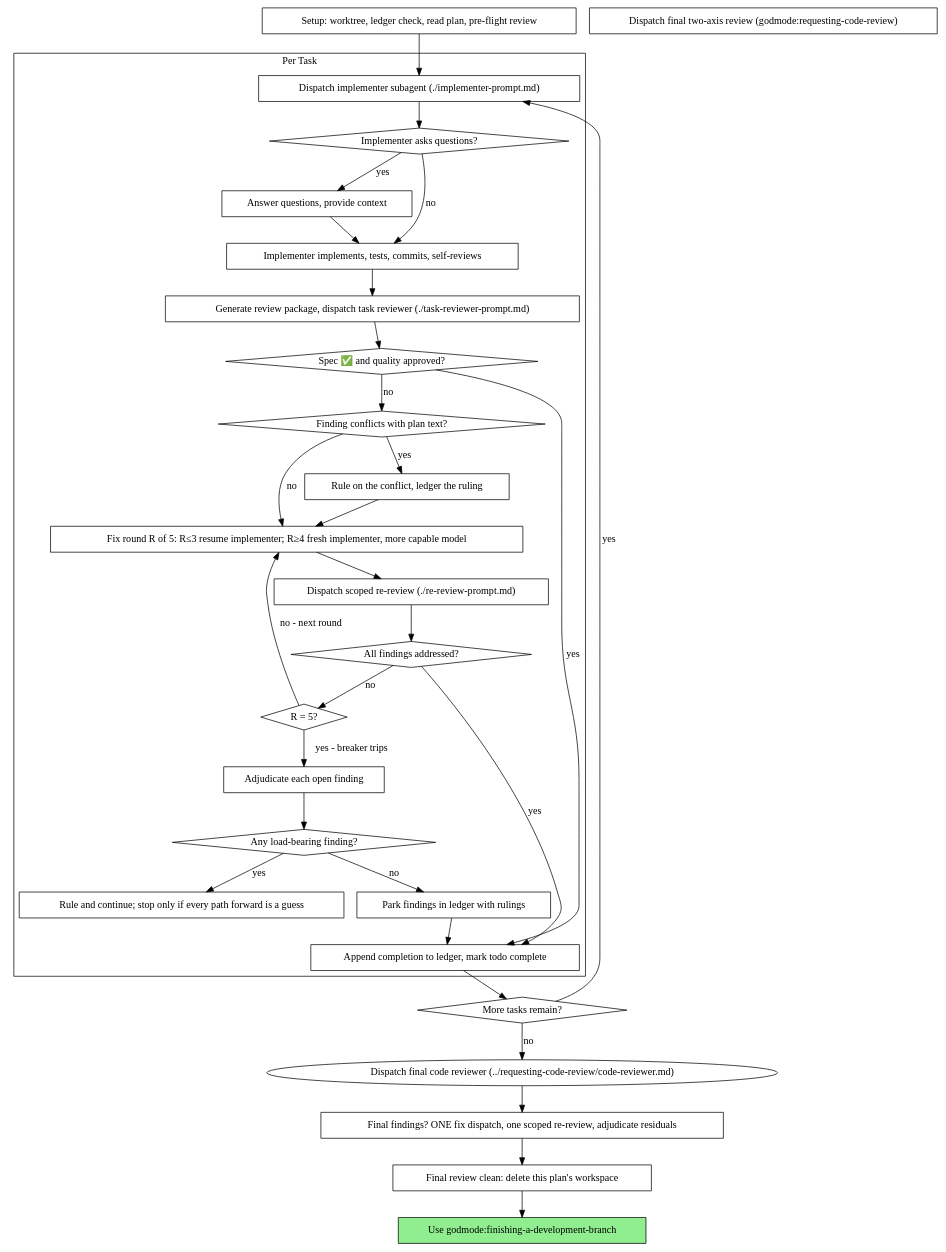
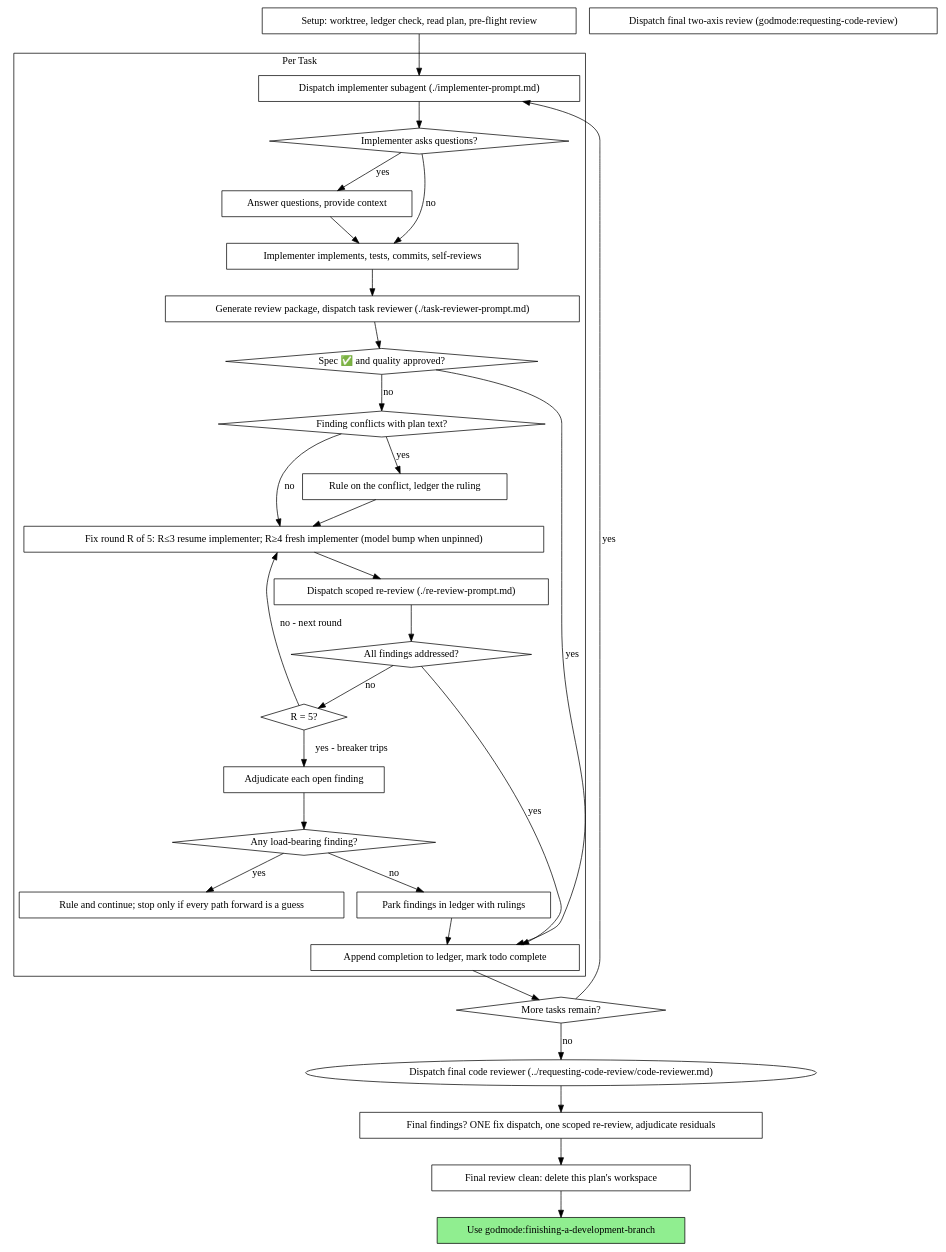
Before and after one commit to annt07/godmode: the second of 2 diagrams in skills/subagent-driven-development/SKILL.md, drawn with Graphviz. The commit also changed other lines of this file and 15 other files, not shown here.

````diff
--- a/skills/subagent-driven-development/SKILL.md
+++ b/skills/subagent-driven-development/SKILL.md
@@ -82,62 +82,62 @@
 ```dot
 digraph process {
     rankdir=TB;
 
     subgraph cluster_per_task {
         label="Per Task";
         "Dispatch implementer subagent (./implementer-prompt.md)" [shape=box];
         "Implementer asks questions?" [shape=diamond];
         "Answer questions, provide context" [shape=box];
         "Implementer implements, tests, commits, self-reviews" [shape=box];
         "Generate review package, dispatch task reviewer (./task-reviewer-prompt.md)" [shape=box];
         "Spec ✅ and quality approved?" [shape=diamond];
         "Finding conflicts with plan text?" [shape=diamond];
         "Rule on the conflict, ledger the ruling" [shape=box];
-        "Fix round R of 5: R≤3 resume implementer; R≥4 fresh implementer, more capable model" [shape=box];
+        "Fix round R of 5: R≤3 resume implementer; R≥4 fresh implementer (model bump when unpinned)" [shape=box];
         "Dispatch scoped re-review (./re-review-prompt.md)" [shape=box];
         "All findings addressed?" [shape=diamond];
         "R = 5?" [shape=diamond];
         "Adjudicate each open finding" [shape=box];
         "Any load-bearing finding?" [shape=diamond];
         "Rule and continue; stop only if every path forward is a guess" [shape=box];
         "Park findings in ledger with rulings" [shape=box];
         "Append completion to ledger, mark todo complete" [shape=box];
     }
 
     "Setup: worktree, ledger check, read plan, pre-flight review" [shape=box];
     "More tasks remain?" [shape=diamond];
     "Dispatch final two-axis review (godmode:requesting-code-review)" [shape=box];
     "Final findings? ONE fix dispatch, one scoped re-review, adjudicate residuals" [shape=box];
     "Final review clean: delete this plan's workspace" [shape=box];
     "Use godmode:finishing-a-development-branch" [shape=box style=filled fillcolor=lightgreen];
 
     "Setup: worktree, ledger check, read plan, pre-flight review" -> "Dispatch implementer subagent (./implementer-prompt.md)";
     "Dispatch implementer subagent (./implementer-prompt.md)" -> "Implementer asks questions?";
     "Implementer asks questions?" -> "Answer questions, provide context" [label="yes"];
     "Answer questions, provide context" -> "Implementer implements, tests, commits, self-reviews";
     "Implementer asks questions?" -> "Implementer implements, tests, commits, self-reviews" [label="no"];
     "Implementer implements, tests, commits, self-reviews" -> "Generate review package, dispatch task reviewer (./task-reviewer-prompt.md)";
     "Generate review package, dispatch task reviewer (./task-reviewer-prompt.md)" -> "Spec ✅ and quality approved?";
     "Spec ✅ and quality approved?" -> "Append completion to ledger, mark todo complete" [label="yes"];
     "Spec ✅ and quality approved?" -> "Finding conflicts with plan text?" [label="no"];
     "Finding conflicts with plan text?" -> "Rule on the conflict, ledger the ruling" [label="yes"];
-    "Rule on the conflict, ledger the ruling" -> "Fix round R of 5: R≤3 resume implementer; R≥4 fresh implementer, more capable model";
-    "Finding conflicts with plan text?" -> "Fix round R of 5: R≤3 resume implementer; R≥4 fresh implementer, more capable model" [label="no"];
-    "Fix round R of 5: R≤3 resume implementer; R≥4 fresh implementer, more capable model" -> "Dispatch scoped re-review (./re-review-prompt.md)";
+    "Rule on the conflict, ledger the ruling" -> "Fix round R of 5: R≤3 resume implementer; R≥4 fresh implementer (model bump when unpinned)";
+    "Finding conflicts with plan text?" -> "Fix round R of 5: R≤3 resume implementer; R≥4 fresh implementer (model bump when unpinned)" [label="no"];
+    "Fix round R of 5: R≤3 resume implementer; R≥4 fresh implementer (model bump when unpinned)" -> "Dispatch scoped re-review (./re-review-prompt.md)";
     "Dispatch scoped re-review (./re-review-prompt.md)" -> "All findings addressed?";
     "All findings addressed?" -> "Append completion to ledger, mark todo complete" [label="yes"];
     "All findings addressed?" -> "R = 5?" [label="no"];
-    "R = 5?" -> "Fix round R of 5: R≤3 resume implementer; R≥4 fresh implementer, more capable model" [label="no - next round"];
+    "R = 5?" -> "Fix round R of 5: R≤3 resume implementer; R≥4 fresh implementer (model bump when unpinned)" [label="no - next round"];
     "R = 5?" -> "Adjudicate each open finding" [label="yes - breaker trips"];
     "Adjudicate each open finding" -> "Any load-bearing finding?";
     "Any load-bearing finding?" -> "Rule and continue; stop only if every path forward is a guess" [label="yes"];
     "Any load-bearing finding?" -> "Park findings in ledger with rulings" [label="no"];
     "Park findings in ledger with rulings" -> "Append completion to ledger, mark todo complete";
     "Append completion to ledger, mark todo complete" -> "More tasks remain?";
     "More tasks remain?" -> "Dispatch implementer subagent (./implementer-prompt.md)" [label="yes"];
     "More tasks remain?" -> "Dispatch final code reviewer (../requesting-code-review/code-reviewer.md)" [label="no"];
     "Dispatch final code reviewer (../requesting-code-review/code-reviewer.md)" -> "Final findings? ONE fix dispatch, one scoped re-review, adjudicate residuals";
     "Final findings? ONE fix dispatch, one scoped re-review, adjudicate residuals" -> "Final review clean: delete this plan's workspace";
     "Final review clean: delete this plan's workspace" -> "Use godmode:finishing-a-development-branch";
 }
 ```
````
